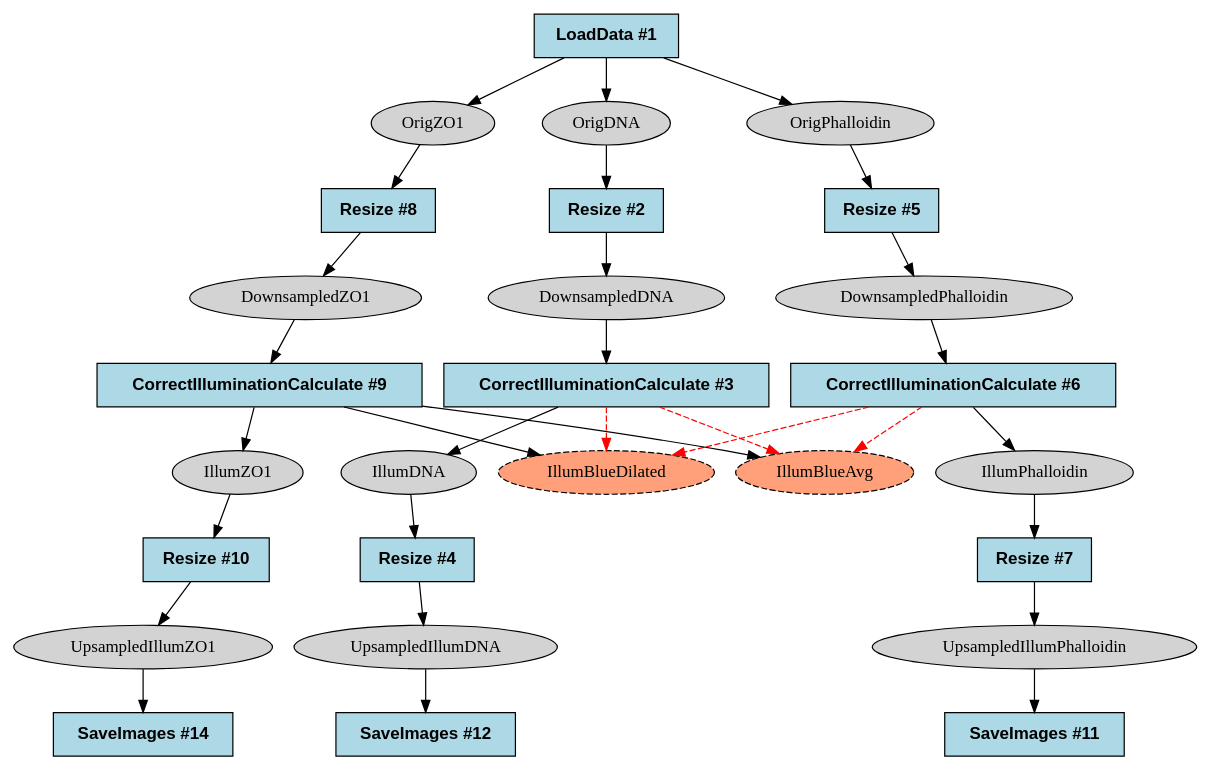
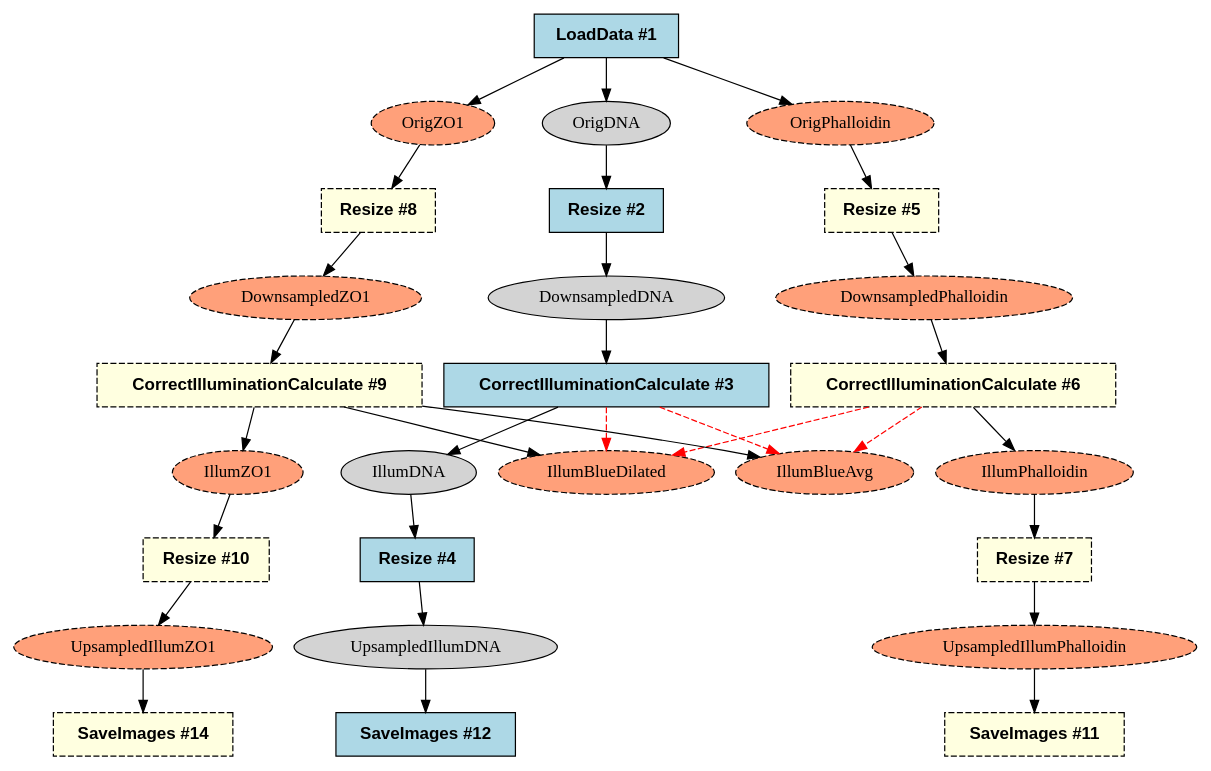
Before and after one commit to shntnu/cp_graph: the diagram in examples/output/illum_highlight.dot, drawn with Graphviz. The commit also changed 3 other files, not shown here.

```diff
--- a/examples/output/illum_highlight.dot
+++ b/examples/output/illum_highlight.dot
@@ -1,59 +1,59 @@
 strict digraph {
-CorrectIlluminationCalculate_2ab137a7 [type=module, label="CorrectIlluminationCalculate #6", module_name=CorrectIlluminationCalculate, module_num=6, original_num=6, stable_id="CorrectIlluminationCalculate_2ab137a7", enabled=True, shape=box, style=filled, fontname="Helvetica-Bold", fillcolor=lightblue];
-CorrectIlluminationCalculate_cd0871b [type=module, label="CorrectIlluminationCalculate #9", module_name=CorrectIlluminationCalculate, module_num=9, original_num=9, stable_id="CorrectIlluminationCalculate_cd0871b", enabled=True, shape=box, style=filled, fontname="Helvetica-Bold", fillcolor=lightblue];
+CorrectIlluminationCalculate_2ab137a7 [type=module, label="CorrectIlluminationCalculate #6", module_name=CorrectIlluminationCalculate, module_num=6, original_num=6, stable_id="CorrectIlluminationCalculate_2ab137a7", enabled=True, filtered=True, shape=box, style="filled,dashed", fontname="Helvetica-Bold", fillcolor=lightyellow];
+CorrectIlluminationCalculate_cd0871b [type=module, label="CorrectIlluminationCalculate #9", module_name=CorrectIlluminationCalculate, module_num=9, original_num=9, stable_id="CorrectIlluminationCalculate_cd0871b", enabled=True, filtered=True, shape=box, style="filled,dashed", fontname="Helvetica-Bold", fillcolor=lightyellow];
 CorrectIlluminationCalculate_e3750f2a [type=module, label="CorrectIlluminationCalculate #3", module_name=CorrectIlluminationCalculate, module_num=3, original_num=3, stable_id="CorrectIlluminationCalculate_e3750f2a", enabled=True, shape=box, style=filled, fontname="Helvetica-Bold", fillcolor=lightblue];
 LoadData_cbe5cfdf [type=module, label="LoadData #1", module_name=LoadData, module_num=1, original_num=1, stable_id="LoadData_cbe5cfdf", enabled=True, shape=box, style=filled, fontname="Helvetica-Bold", fillcolor=lightblue];
 Resize_32606b38 [type=module, label="Resize #2", module_name=Resize, module_num=2, original_num=2, stable_id="Resize_32606b38", enabled=True, shape=box, style=filled, fontname="Helvetica-Bold", fillcolor=lightblue];
-Resize_6f9ec43f [type=module, label="Resize #10", module_name=Resize, module_num=10, original_num=10, stable_id="Resize_6f9ec43f", enabled=True, shape=box, style=filled, fontname="Helvetica-Bold", fillcolor=lightblue];
-Resize_9779805 [type=module, label="Resize #5", module_name=Resize, module_num=5, original_num=5, stable_id="Resize_9779805", enabled=True, shape=box, style=filled, fontname="Helvetica-Bold", fillcolor=lightblue];
+Resize_6f9ec43f [type=module, label="Resize #10", module_name=Resize, module_num=10, original_num=10, stable_id="Resize_6f9ec43f", enabled=True, filtered=True, shape=box, style="filled,dashed", fontname="Helvetica-Bold", fillcolor=lightyellow];
+Resize_9779805 [type=module, label="Resize #5", module_name=Resize, module_num=5, original_num=5, stable_id="Resize_9779805", enabled=True, filtered=True, shape=box, style="filled,dashed", fontname="Helvetica-Bold", fillcolor=lightyellow];
 Resize_a3b11500 [type=module, label="Resize #4", module_name=Resize, module_num=4, original_num=4, stable_id="Resize_a3b11500", enabled=True, shape=box, style=filled, fontname="Helvetica-Bold", fillcolor=lightblue];
-Resize_b00c8387 [type=module, label="Resize #8", module_name=Resize, module_num=8, original_num=8, stable_id="Resize_b00c8387", enabled=True, shape=box, style=filled, fontname="Helvetica-Bold", fillcolor=lightblue];
-Resize_fd94763b [type=module, label="Resize #7", module_name=Resize, module_num=7, original_num=7, stable_id="Resize_fd94763b", enabled=True, shape=box, style=filled, fontname="Helvetica-Bold", fillcolor=lightblue];
-SaveImages_392621f0 [type=module, label="SaveImages #11", module_name=SaveImages, module_num=11, original_num=11, stable_id="SaveImages_392621f0", enabled=True, shape=box, style=filled, fontname="Helvetica-Bold", fillcolor=lightblue];
-SaveImages_46180921 [type=module, label="SaveImages #14", module_name=SaveImages, module_num=14, original_num=14, stable_id="SaveImages_46180921", enabled=True, shape=box, style=filled, fontname="Helvetica-Bold", fillcolor=lightblue];
+Resize_b00c8387 [type=module, label="Resize #8", module_name=Resize, module_num=8, original_num=8, stable_id="Resize_b00c8387", enabled=True, filtered=True, shape=box, style="filled,dashed", fontname="Helvetica-Bold", fillcolor=lightyellow];
+Resize_fd94763b [type=module, label="Resize #7", module_name=Resize, module_num=7, original_num=7, stable_id="Resize_fd94763b", enabled=True, filtered=True, shape=box, style="filled,dashed", fontname="Helvetica-Bold", fillcolor=lightyellow];
+SaveImages_392621f0 [type=module, label="SaveImages #11", module_name=SaveImages, module_num=11, original_num=11, stable_id="SaveImages_392621f0", enabled=True, filtered=True, shape=box, style="filled,dashed", fontname="Helvetica-Bold", fillcolor=lightyellow];
+SaveImages_46180921 [type=module, label="SaveImages #14", module_name=SaveImages, module_num=14, original_num=14, stable_id="SaveImages_46180921", enabled=True, filtered=True, shape=box, style="filled,dashed", fontname="Helvetica-Bold", fillcolor=lightyellow];
 SaveImages_4cf7a938 [type=module, label="SaveImages #12", module_name=SaveImages, module_num=12, original_num=12, stable_id="SaveImages_4cf7a938", enabled=True, shape=box, style=filled, fontname="Helvetica-Bold", fillcolor=lightblue];
 image__DownsampledDNA [type=image, label=DownsampledDNA, shape=ellipse, style=filled, fillcolor=lightgray];
-image__DownsampledPhalloidin [type=image, label=DownsampledPhalloidin, shape=ellipse, style=filled, fillcolor=lightgray];
-image__DownsampledZO1 [type=image, label=DownsampledZO1, shape=ellipse, style=filled, fillcolor=lightgray];
+image__DownsampledPhalloidin [type=image, label=DownsampledPhalloidin, filtered=True, shape=ellipse, style="filled,dashed", fillcolor=lightsalmon];
+image__DownsampledZO1 [type=image, label=DownsampledZO1, filtered=True, shape=ellipse, style="filled,dashed", fillcolor=lightsalmon];
 image__IllumBlueAvg [type=image, label=IllumBlueAvg, filtered=True, shape=ellipse, style="filled,dashed", fillcolor=lightsalmon];
 image__IllumBlueDilated [type=image, label=IllumBlueDilated, filtered=True, shape=ellipse, style="filled,dashed", fillcolor=lightsalmon];
 image__IllumDNA [type=image, label=IllumDNA, shape=ellipse, style=filled, fillcolor=lightgray];
-image__IllumPhalloidin [type=image, label=IllumPhalloidin, shape=ellipse, style=filled, fillcolor=lightgray];
-image__IllumZO1 [type=image, label=IllumZO1, shape=ellipse, style=filled, fillcolor=lightgray];
+image__IllumPhalloidin [type=image, label=IllumPhalloidin, filtered=True, shape=ellipse, style="filled,dashed", fillcolor=lightsalmon];
+image__IllumZO1 [type=image, label=IllumZO1, filtered=True, shape=ellipse, style="filled,dashed", fillcolor=lightsalmon];
 image__OrigDNA [type=image, label=OrigDNA, shape=ellipse, style=filled, fillcolor=lightgray];
-image__OrigPhalloidin [type=image, label=OrigPhalloidin, shape=ellipse, style=filled, fillcolor=lightgray];
-image__OrigZO1 [type=image, label=OrigZO1, shape=ellipse, style=filled, fillcolor=lightgray];
+image__OrigPhalloidin [type=image, label=OrigPhalloidin, filtered=True, shape=ellipse, style="filled,dashed", fillcolor=lightsalmon];
+image__OrigZO1 [type=image, label=OrigZO1, filtered=True, shape=ellipse, style="filled,dashed", fillcolor=lightsalmon];
 image__UpsampledIllumDNA [type=image, label=UpsampledIllumDNA, shape=ellipse, style=filled, fillcolor=lightgray];
-image__UpsampledIllumPhalloidin [type=image, label=UpsampledIllumPhalloidin, shape=ellipse, style=filled, fillcolor=lightgray];
-image__UpsampledIllumZO1 [type=image, label=UpsampledIllumZO1, shape=ellipse, style=filled, fillcolor=lightgray];
+image__UpsampledIllumPhalloidin [type=image, label=UpsampledIllumPhalloidin, filtered=True, shape=ellipse, style="filled,dashed", fillcolor=lightsalmon];
+image__UpsampledIllumZO1 [type=image, label=UpsampledIllumZO1, filtered=True, shape=ellipse, style="filled,dashed", fillcolor=lightsalmon];
 CorrectIlluminationCalculate_2ab137a7 -> image__IllumBlueAvg [type="image_output", filtered=True, style=dashed, color=red];
 CorrectIlluminationCalculate_2ab137a7 -> image__IllumBlueDilated [type="image_output", filtered=True, style=dashed, color=red];
 CorrectIlluminationCalculate_2ab137a7 -> image__IllumPhalloidin [type="image_output"];
 CorrectIlluminationCalculate_cd0871b -> image__IllumBlueAvg [type="image_output"];
 CorrectIlluminationCalculate_cd0871b -> image__IllumBlueDilated [type="image_output"];
 CorrectIlluminationCalculate_cd0871b -> image__IllumZO1 [type="image_output"];
 CorrectIlluminationCalculate_e3750f2a -> image__IllumBlueAvg [type="image_output", filtered=True, style=dashed, color=red];
 CorrectIlluminationCalculate_e3750f2a -> image__IllumBlueDilated [type="image_output", filtered=True, style=dashed, color=red];
 CorrectIlluminationCalculate_e3750f2a -> image__IllumDNA [type="image_output"];
 LoadData_cbe5cfdf -> image__OrigDNA [type="image_output"];
 LoadData_cbe5cfdf -> image__OrigPhalloidin [type="image_output"];
 LoadData_cbe5cfdf -> image__OrigZO1 [type="image_output"];
 Resize_32606b38 -> image__DownsampledDNA [type="image_output"];
 Resize_6f9ec43f -> image__UpsampledIllumZO1 [type="image_output"];
 Resize_9779805 -> image__DownsampledPhalloidin [type="image_output"];
 Resize_a3b11500 -> image__UpsampledIllumDNA [type="image_output"];
 Resize_b00c8387 -> image__DownsampledZO1 [type="image_output"];
 Resize_fd94763b -> image__UpsampledIllumPhalloidin [type="image_output"];
 image__DownsampledDNA -> CorrectIlluminationCalculate_e3750f2a [type="image_input"];
 image__DownsampledPhalloidin -> CorrectIlluminationCalculate_2ab137a7 [type="image_input"];
 image__DownsampledZO1 -> CorrectIlluminationCalculate_cd0871b [type="image_input"];
 image__IllumDNA -> Resize_a3b11500 [type="image_input"];
 image__IllumPhalloidin -> Resize_fd94763b [type="image_input"];
 image__IllumZO1 -> Resize_6f9ec43f [type="image_input"];
 image__OrigDNA -> Resize_32606b38 [type="image_input"];
 image__OrigPhalloidin -> Resize_9779805 [type="image_input"];
 image__OrigZO1 -> Resize_b00c8387 [type="image_input"];
 image__UpsampledIllumDNA -> SaveImages_4cf7a938 [type="image_input"];
 image__UpsampledIllumPhalloidin -> SaveImages_392621f0 [type="image_input"];
 image__UpsampledIllumZO1 -> SaveImages_46180921 [type="image_input"];
 }
```
